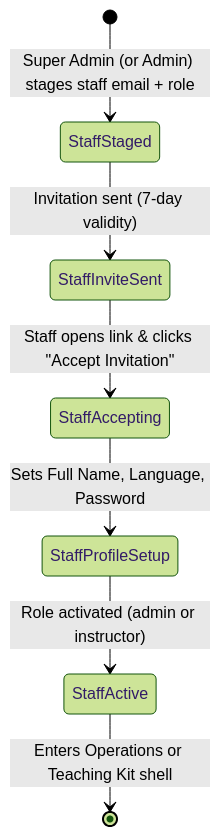
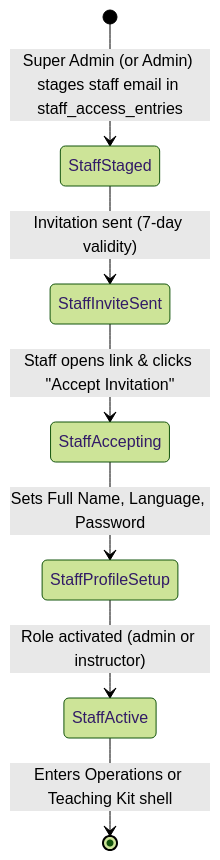
One commit to dr-afif/bls changed the fourth of 4 diagrams in docs/MILESTONE_7_ONBOARDING_ARCHITECTURE_PLAN.md. Above: the diagram before and after it, drawn with Mermaid (forest theme). The commit also changed other lines of this file and 9 other files, not shown here.

Commit message:
docs: refine milestone 7 onboarding architecture

````diff
--- a/docs/MILESTONE_7_ONBOARDING_ARCHITECTURE_PLAN.md
+++ b/docs/MILESTONE_7_ONBOARDING_ARCHITECTURE_PLAN.md
@@ -294,9 +339,9 @@
 ```mermaid
 stateDiagram-v2
-    [*] --> StaffStaged: Super Admin (or Admin) stages staff email + role
+    [*] --> StaffStaged: Super Admin (or Admin) stages staff email in staff_access_entries
     StaffStaged --> StaffInviteSent: Invitation sent (7-day validity)
     StaffInviteSent --> StaffAccepting: Staff opens link & clicks "Accept Invitation"
     StaffAccepting --> StaffProfileSetup: Sets Full Name, Language, Password
     StaffProfileSetup --> StaffActive: Role activated (admin or instructor)
     StaffActive --> [*]: Enters Operations or Teaching Kit shell
 ```
````
